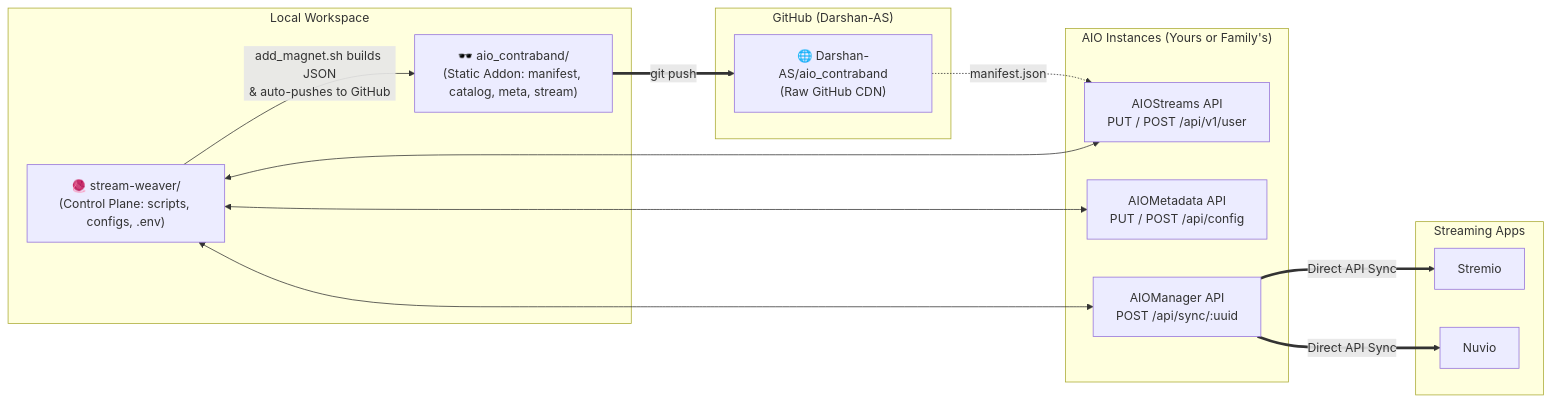
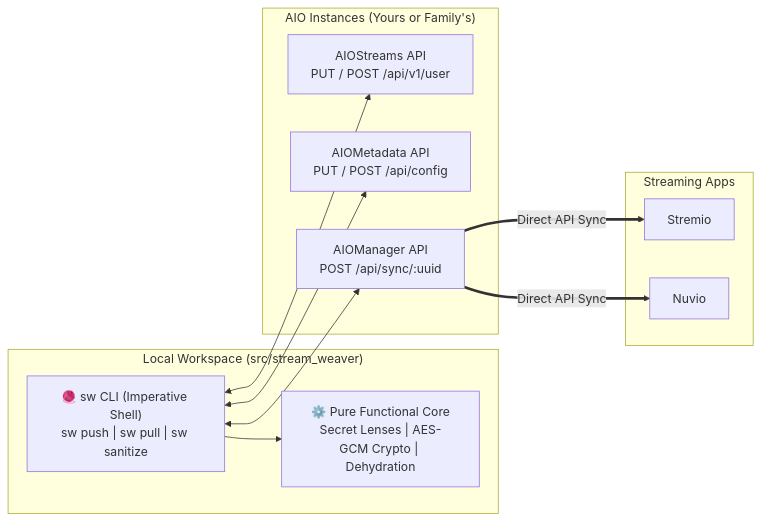
One commit to Darshan-AS/stream-weaver changed the diagram in README.md. Above: the diagram before and after it, drawn with Mermaid. The commit also changed other lines of this file and 34 other files, not shown here.

Commit message:
refactor(core): Redesign Stream Weaver into pure functional GitOps CLI (sw)

````diff
--- a/README.md
+++ b/README.md
@@ -15,31 +18,25 @@
 ```mermaid
 flowchart LR
-    subgraph Local["Local Workspace"]
-        SW["🧶 stream-weaver/\n(Control Plane: scripts, configs, .env)"]
-        CB["🕶️ aio_contraband/\n(Static Addon: manifest, catalog, meta, stream)"]
-        SW -- "add_magnet.sh builds JSON\n& auto-pushes to GitHub" --> CB
-    end
-
-    subgraph GitHub["GitHub (Darshan-AS)"]
-        GH_CB["🌐 Darshan-AS/aio_contraband\n(Raw GitHub CDN)"]
+    subgraph Local["Local Workspace (src/stream_weaver)"]
+        CLI["🧶 sw CLI (Imperative Shell)\nsw push | sw pull | sw sanitize"]
+        CORE["⚙️ Pure Functional Core\nSecret Lenses | AES-GCM Crypto | Dehydration"]
+        CLI --> CORE
     end
 
     subgraph Hosted["AIO Instances (Yours or Family's)"]
         AS["AIOStreams API\nPUT / POST /api/v1/user"]
         AM["AIOMetadata API\nPUT / POST /api/config"]
         MGR["AIOManager API\nPOST /api/sync/:uuid"]
     end
 
     subgraph Apps["Streaming Apps"]
         Stremio["Stremio"]
         Nuvio["Nuvio"]
     end
 
-    CB == "git push" ==> GH_CB
-    GH_CB -. "manifest.json" .-> AS
-    SW <--> AS
-    SW <--> AM
-    SW <--> MGR
+    CLI <--> AS
+    CLI <--> AM
+    CLI <--> MGR
     MGR == "Direct API Sync" ==> Stremio
     MGR == "Direct API Sync" ==> Nuvio
 ```
````
